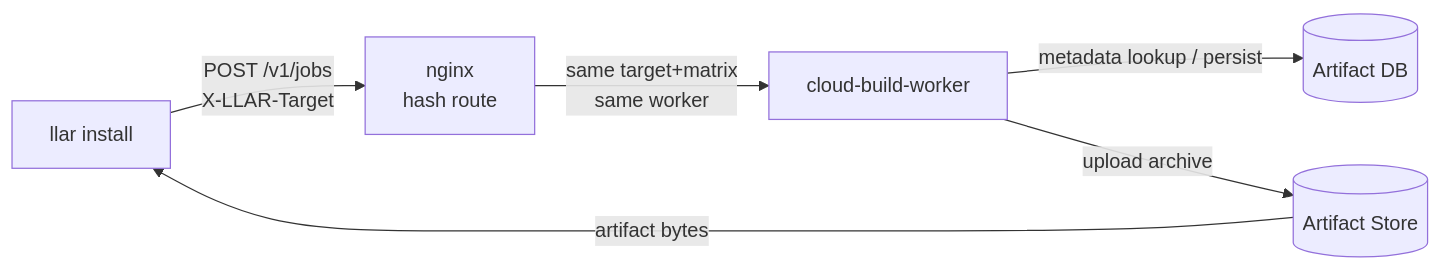
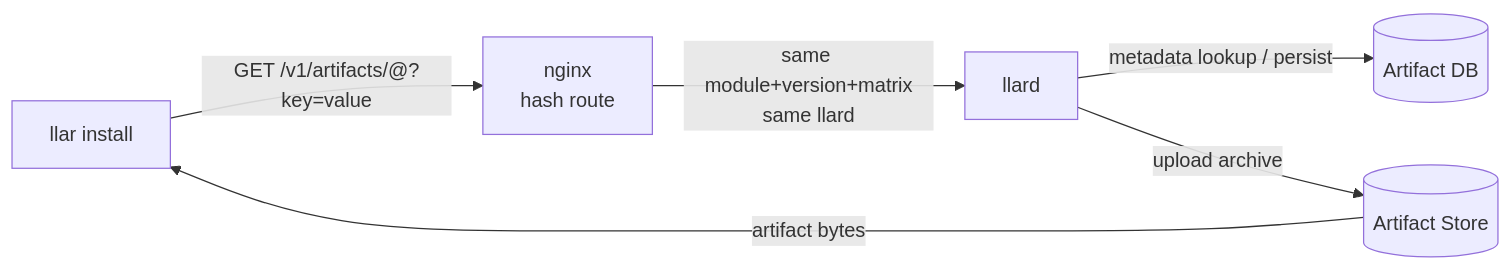
The diagram in docs/superpowers/specs/2026-05-25-cloud-build-design.md (MeteorsLiu/llar), drawn with Mermaid before and after one commit. The commit also changed other lines of this file and 4 other files, not shown here.

````diff
--- a/docs/superpowers/specs/2026-05-25-cloud-build-design.md
+++ b/docs/superpowers/specs/2026-05-25-cloud-build-design.md
@@ -25,8 +25,8 @@
 ```mermaid
 flowchart LR
-  Client["llar install"] -->|"POST /v1/jobs<br/>X-LLAR-Target"| Nginx["nginx<br/>hash route"]
-  Nginx -->|"same target+matrix<br/>same worker"| Worker["cloud-build-worker"]
-  Worker -->|"metadata lookup / persist"| DB[("Artifact DB")]
-  Worker -->|"upload archive"| Store[("Artifact Store")]
+  Client["llar install"] -->|"GET /v1/artifacts/<module>@<version>?key=value"| Nginx["nginx<br/>hash route"]
+  Nginx -->|"same module+version+matrix<br/>same llard"| Llard["llard"]
+  Llard -->|"metadata lookup / persist"| DB[("Artifact DB")]
+  Llard -->|"upload archive"| Store[("Artifact Store")]
   Store -->|"artifact bytes"| Client
 ```
````
